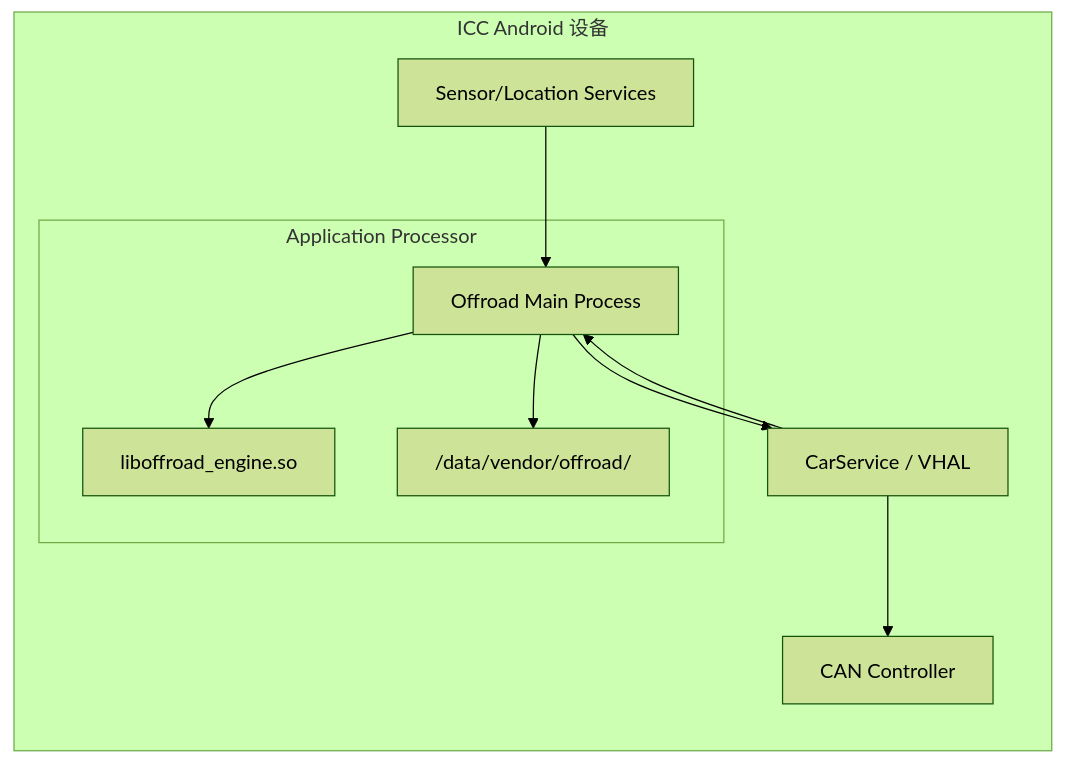
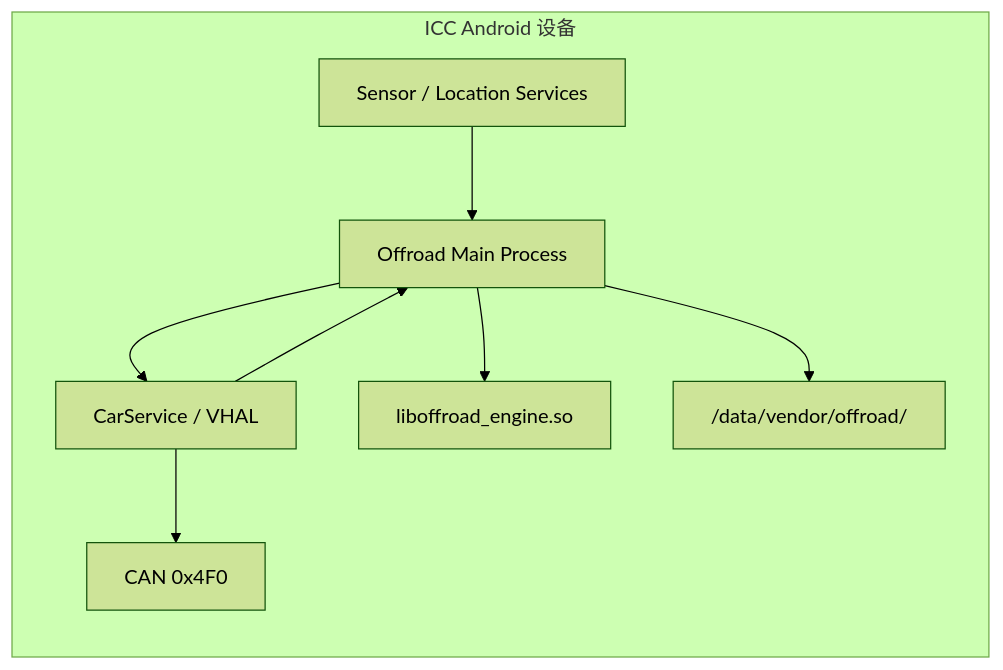
Before and after one commit to ailearneryang/harnesse2e: the third of 7 diagrams in design/architecture.md, drawn with Mermaid (forest theme). The commit also changed other lines of this file and 19 other files, not shown here.

````diff
--- a/design/architecture.md
+++ b/design/architecture.md
@@ -212,19 +204,17 @@
 ```mermaid
 graph LR
     subgraph ICC["ICC Android 设备"]
-        subgraph AP["Application Processor"]
-            Proc["Offroad Main Process"]
-            SO["liboffroad_engine.so"]
-            Store["/data/vendor/offroad/"]
-        end
-        SensorSvc["Sensor/Location Services"]
+        Proc["Offroad Main Process"]
+        So["liboffroad_engine.so"]
+        Store["/data/vendor/offroad/"]
+        SensorSvc["Sensor / Location Services"]
         CarSvc["CarService / VHAL"]
-        Bus["CAN Controller"]
+        Bus["CAN 0x4F0"]
     end
-    Proc --> SO
-    Proc --> Store
     SensorSvc --> Proc
     CarSvc --> Proc
+    Proc --> So
+    Proc --> Store
     Proc --> CarSvc
     CarSvc --> Bus
 ```
````
